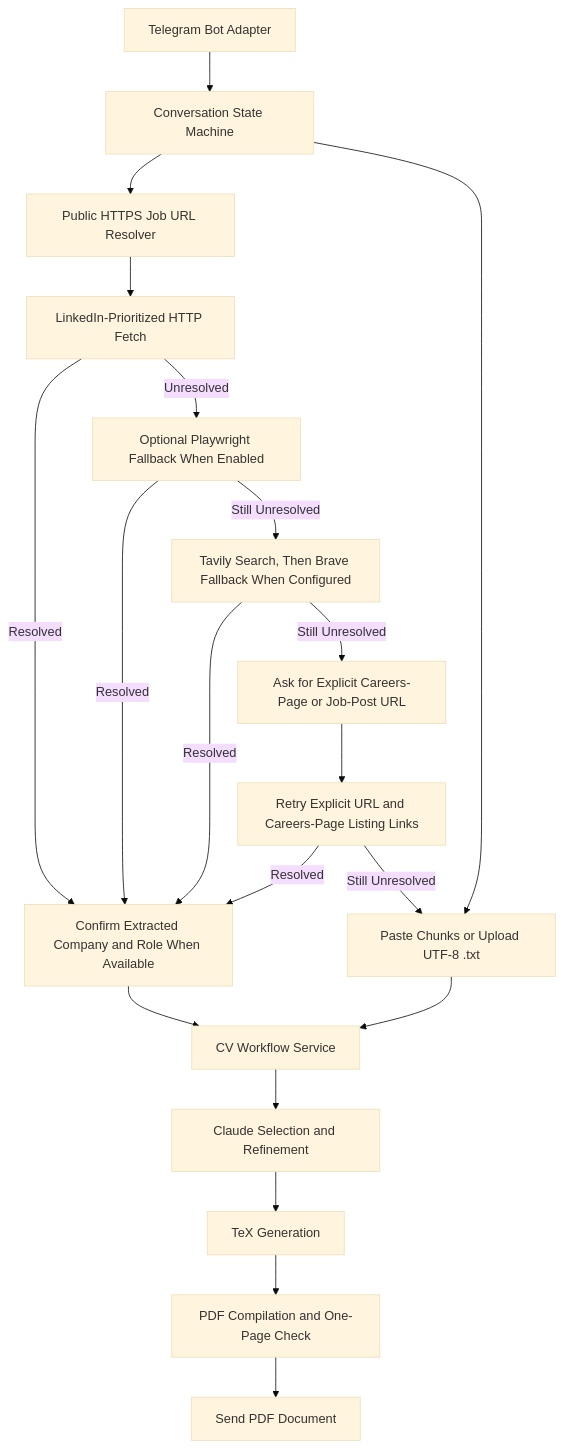
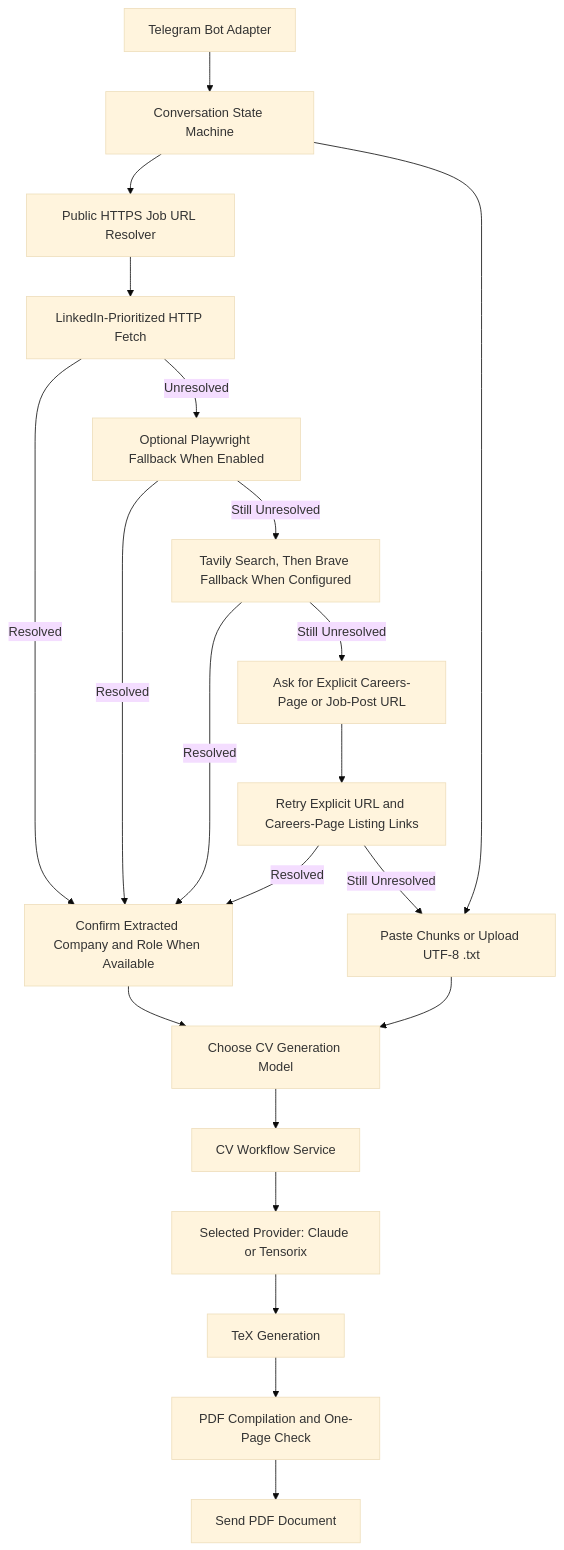
Before and after one commit to K-Aditya-25/cv-system: the diagram in docs/telegram-workflow-plan.md, drawn with Mermaid (base theme). The commit also changed other lines of this file and 12 other files, not shown here.

````diff
--- a/docs/telegram-workflow-plan.md
+++ b/docs/telegram-workflow-plan.md
@@ -43,22 +44,23 @@
 ```mermaid
 flowchart TD
     A["Telegram Bot Adapter"] --> B["Conversation State Machine"]
     B --> C["Public HTTPS Job URL Resolver"]
     B --> P["Paste Chunks or Upload UTF-8 .txt"]
     C --> D["LinkedIn-Prioritized HTTP Fetch"]
     D -->|Resolved| S["Confirm Extracted Company and Role When Available"]
     D -->|Unresolved| E["Optional Playwright Fallback When Enabled"]
     E -->|Resolved| S
     E -->|Still Unresolved| F["Tavily Search, Then Brave Fallback When Configured"]
     F -->|Resolved| S
     F -->|Still Unresolved| R["Ask for Explicit Careers-Page or Job-Post URL"]
     R --> X["Retry Explicit URL and Careers-Page Listing Links"]
     X -->|Resolved| S
     X -->|Still Unresolved| P
-    S --> G["CV Workflow Service"]
-    P --> G
-    G --> H["Claude Selection and Refinement"]
+    S --> M["Choose CV Generation Model"]
+    P --> M
+    M --> G["CV Workflow Service"]
+    G --> H["Selected Provider: Claude or Tensorix"]
     H --> I["TeX Generation"]
     I --> J["PDF Compilation and One-Page Check"]
     J --> K["Send PDF Document"]
 ```
````
